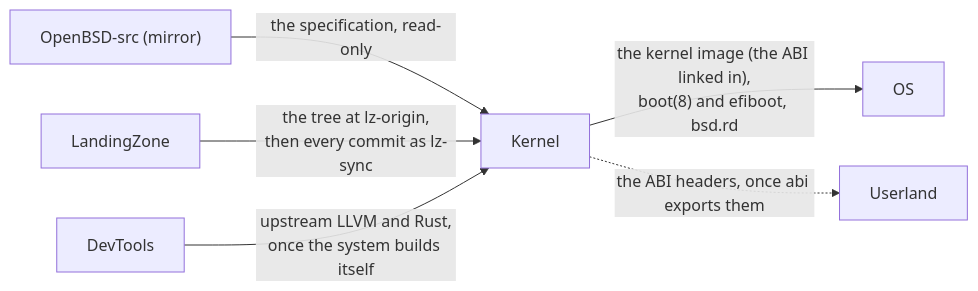
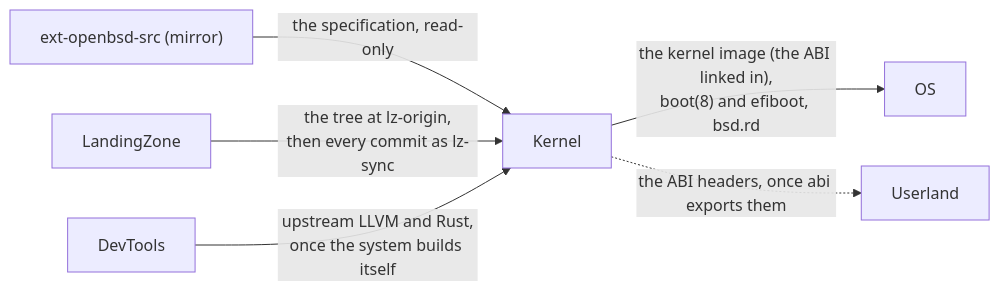
Before and after one commit to EmiBSD/Kernel: the first of 2 diagrams in README.md, drawn with Mermaid. The commit also changed 1 other file, not shown here.

Commit message:
reference: follow the fork's rename to EmiBSD/ext-openbsd-src
The user renamed the organisation's fork of openbsd/src from
EmiBSD/OpenBSD-src to EmiBSD/ext-openbsd-src on 2026-11-17 (the ext-
prefix of the organisation's external forks). GitHub redirects the old
name; the pin 3ce1f3f79392 is in the renamed repository (checked through
the API). Changed here: the rule's sentence, which keeps the old name as
a note, and the label of README's diagram.

Not changed: the Repository line of reference/PINNED.md, the clone
command of reference/README.md and the clone's origin remote, which still
carry the old name; the Edit guard on reference/ refused them and they
wait for the user's word. The lz-sync.toml record of bab90d1567ef quotes
LZ's commit subject and stays as it is.

````diff
--- a/README.md
+++ b/README.md
@@ -56,8 +56,8 @@
 ```mermaid
 flowchart LR
-    obsd["OpenBSD-src (mirror)"] -- "the specification, read-only" --> k["Kernel"]
+    obsd["ext-openbsd-src (mirror)"] -- "the specification, read-only" --> k["Kernel"]
     lz["LandingZone"] -- "the tree at lz-origin,<br/>then every commit as lz-sync" --> k
     dev["DevTools"] -- "upstream LLVM and Rust,<br/>once the system builds itself" --> k
     k -- "the kernel image (the ABI linked in),<br/>boot(8) and efiboot, bsd.rd" --> os["OS"]
     k -. "the ABI headers, once abi exports them" .-> ul["Userland"]
 ```
````
